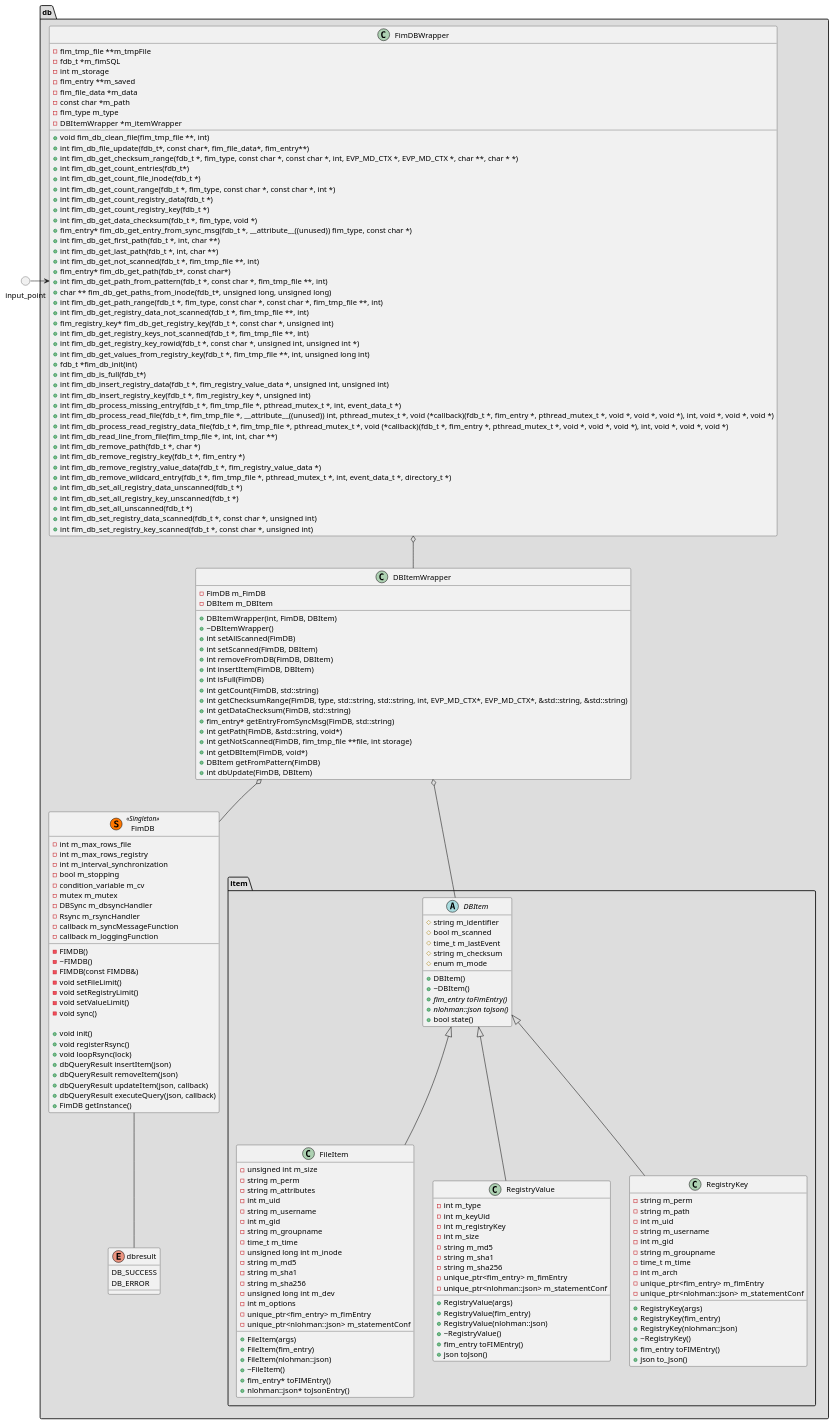
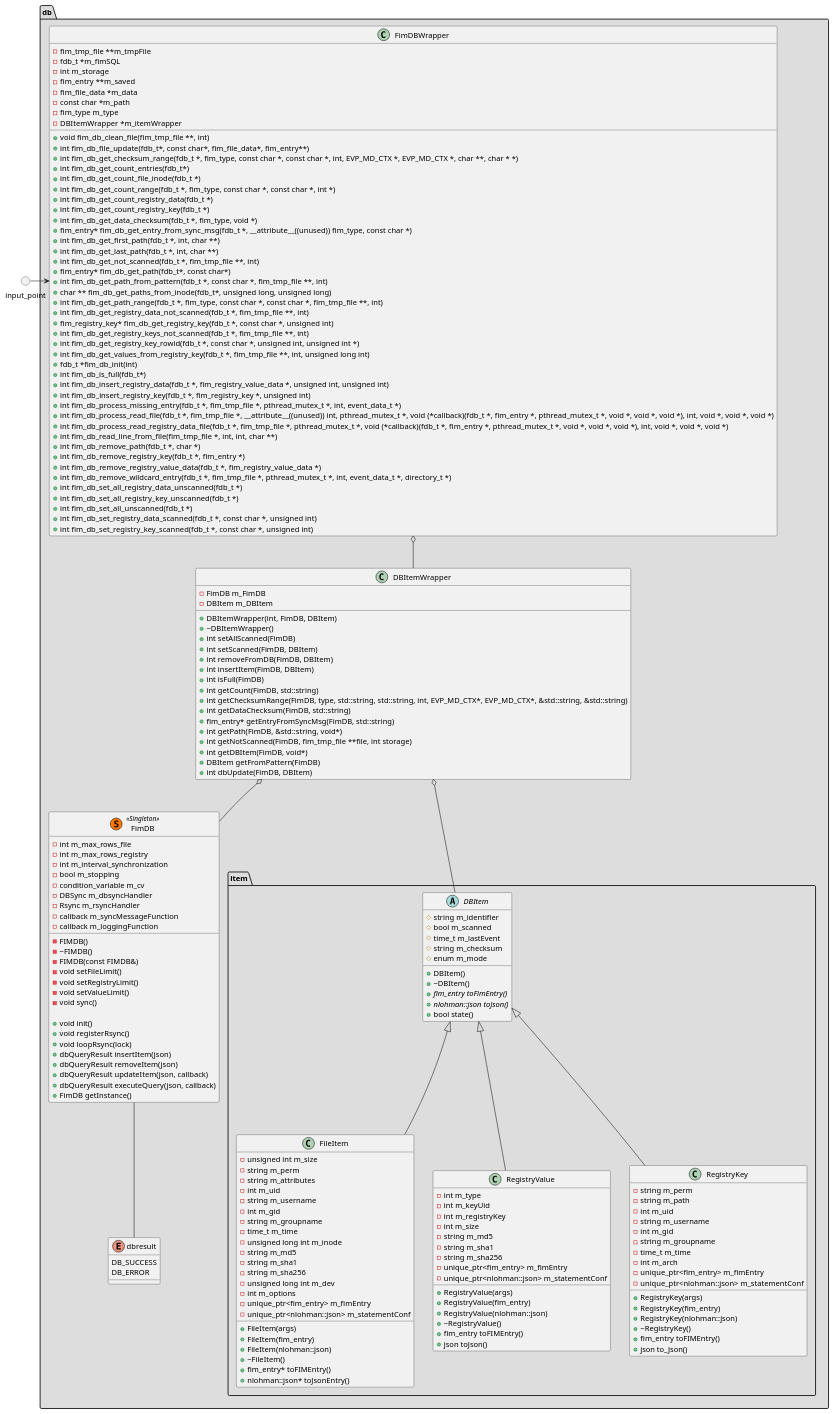
One commit to wazuh/wazuh-agent changed the diagram in architecture/FIM/db/class.puml. Above: the diagram before and after it, drawn with PlantUML. The commit also changed 9 other files, not shown here.

```diff
--- a/architecture/FIM/db/class.puml
+++ b/architecture/FIM/db/class.puml
@@ -1,196 +1,195 @@
 @startuml db_class
 package "db" <<Folder>> #DDDDDD{
     enum "dbresult" {
         DB_SUCCESS
         DB_ERROR
     }
     package "item" <<Folder>> {
         abstract DBItem {
             # string m_identifier
             # bool m_scanned
             # time_t m_lastEvent
             # string m_checksum
             # enum m_mode
 
             + DBItem()
             + ~DBItem()
             + {abstract} fim_entry toFimEntry()
             + {abstract} nlohman::json toJson()
             + bool state()
         }
 
         class FileItem {
             - unsigned int m_size
             - string m_perm
             - string m_attributes
             - int m_uid
             - string m_username
             - int m_gid
             - string m_groupname
             - time_t m_time
             - unsigned long int m_inode
             - string m_md5
             - string m_sha1
             - string m_sha256
             - unsigned long int m_dev
             - int m_options
             - unique_ptr<fim_entry> m_fimEntry
             - unique_ptr<nlohman::json> m_statementConf
 
             + FileItem(args)
             + FileItem(fim_entry)
             + FileItem(nlohman::json)
             + ~FileItem()
             + fim_entry* toFIMEntry()
             + nlohman::json* toJsonEntry()
         }
         class "RegistryValue" {
             - int m_type
             - int m_keyUid
             - int m_registryKey
             - int m_size
             - string m_md5
             - string m_sha1
             - string m_sha256
             - unique_ptr<fim_entry> m_fimEntry
             - unique_ptr<nlohman::json> m_statementConf
 
             + RegistryValue(args)
             + RegistryValue(fim_entry)
             + RegistryValue(nlohman::json)
             + ~RegistryValue()
             + fim_entry toFIMEntry()
             + json toJson()
         }
         class "RegistryKey" {
             - string m_perm
             - string m_path
             - int m_uid
             - string m_username
             - int m_gid
             - string m_groupname
             - time_t m_time
             - int m_arch
             - unique_ptr<fim_entry> m_fimEntry
             - unique_ptr<nlohman::json> m_statementConf
 
             + RegistryKey(args)
             + RegistryKey(fim_entry)
             + RegistryKey(nlohman::json)
             + ~RegistryKey()
             + fim_entry toFIMEntry()
             + json to_Json()
         }
     }
     class "FimDB"  <<(S,#FF7700) Singleton>> {
         - int m_max_rows_file
         - int m_max_rows_registry
         - int m_interval_synchronization
         - bool m_stopping
         - condition_variable m_cv
-        - mutex m_mutex
         - DBSync m_dbsyncHandler
         - Rsync m_rsyncHandler
         - callback m_syncMessageFunction
         - callback m_loggingFunction
 
         - FIMDB()
         - ~FIMDB()
         - FIMDB(const FIMDB&)
         - void setFileLimit()
         - void setRegistryLimit()
         - void setValueLimit()
         - void sync()
 
         + void init()
         + void registerRsync()
         + void loopRsync(lock)
         + dbQueryResult insertItem(json)
         + dbQueryResult removeItem(json)
         + dbQueryResult updateItem(json, callback)
         + dbQueryResult executeQuery(json, callback)
         + FimDB getInstance()
     }
     class FimDBWrapper {
         - fim_tmp_file **m_tmpFile
         - fdb_t *m_fimSQL
         - int m_storage
         - fim_entry **m_saved
         - fim_file_data *m_data
         - const char *m_path
         - fim_type m_type
         - DBItemWrapper *m_itemWrapper
 
         + void fim_db_clean_file(fim_tmp_file **, int)
         + int fim_db_file_update(fdb_t*, const char*, fim_file_data*, fim_entry**)
         + int fim_db_get_checksum_range(fdb_t *, fim_type, const char *, const char *, int, EVP_MD_CTX *, EVP_MD_CTX *, char **, char * *)
         + int fim_db_get_count_entries(fdb_t*)
         + int fim_db_get_count_file_inode(fdb_t *)
         + int fim_db_get_count_range(fdb_t *, fim_type, const char *, const char *, int *)
         + int fim_db_get_count_registry_data(fdb_t *)
         + int fim_db_get_count_registry_key(fdb_t *)
         + int fim_db_get_data_checksum(fdb_t *, fim_type, void *)
         + fim_entry* fim_db_get_entry_from_sync_msg(fdb_t *, __attribute__((unused)) fim_type, const char *)
         + int fim_db_get_first_path(fdb_t *, int, char **)
         + int fim_db_get_last_path(fdb_t *, int, char **)
         + int fim_db_get_not_scanned(fdb_t *, fim_tmp_file **, int)
         + fim_entry* fim_db_get_path(fdb_t*, const char*)
         + int fim_db_get_path_from_pattern(fdb_t *, const char *, fim_tmp_file **, int)
         + char ** fim_db_get_paths_from_inode(fdb_t*, unsigned long, unsigned long)
         + int fim_db_get_path_range(fdb_t *, fim_type, const char *, const char *, fim_tmp_file **, int)
         + int fim_db_get_registry_data_not_scanned(fdb_t *, fim_tmp_file **, int)
         + fim_registry_key* fim_db_get_registry_key(fdb_t *, const char *, unsigned int)
         + int fim_db_get_registry_keys_not_scanned(fdb_t *, fim_tmp_file **, int)
         + int fim_db_get_registry_key_rowid(fdb_t *, const char *, unsigned int, unsigned int *)
         + int fim_db_get_values_from_registry_key(fdb_t *, fim_tmp_file **, int, unsigned long int)
         + fdb_t *fim_db_init(int)
         + int fim_db_is_full(fdb_t*)
         + int fim_db_insert_registry_data(fdb_t *, fim_registry_value_data *, unsigned int, unsigned int)
         + int fim_db_insert_registry_key(fdb_t *, fim_registry_key *, unsigned int)
         + int fim_db_process_missing_entry(fdb_t *, fim_tmp_file *, pthread_mutex_t *, int, event_data_t *)
         + int fim_db_process_read_file(fdb_t *, fim_tmp_file *, __attribute__((unused)) int, pthread_mutex_t *, void (*callback)(fdb_t *, fim_entry *, pthread_mutex_t *, void *, void *, void *), int, void *, void *, void *)
         + int fim_db_process_read_registry_data_file(fdb_t *, fim_tmp_file *, pthread_mutex_t *, void (*callback)(fdb_t *, fim_entry *, pthread_mutex_t *, void *, void *, void *), int, void *, void *, void *)
         + int fim_db_read_line_from_file(fim_tmp_file *, int, int, char **)
         + int fim_db_remove_path(fdb_t *, char *)
         + int fim_db_remove_registry_key(fdb_t *, fim_entry *)
         + int fim_db_remove_registry_value_data(fdb_t *, fim_registry_value_data *)
         + int fim_db_remove_wildcard_entry(fdb_t *, fim_tmp_file *, pthread_mutex_t *, int, event_data_t *, directory_t *)
         + int fim_db_set_all_registry_data_unscanned(fdb_t *)
         + int fim_db_set_all_registry_key_unscanned(fdb_t *)
         + int fim_db_set_all_unscanned(fdb_t *)
         + int fim_db_set_registry_data_scanned(fdb_t *, const char *, unsigned int)
         + int fim_db_set_registry_key_scanned(fdb_t *, const char *, unsigned int)
     }
     class DBItemWrapper {
         - FimDB m_FimDB
         - DBItem m_DBItem
 
         + DBItemWrapper(int, FimDB, DBItem)
         + ~DBItemWrapper()
         + int setAllScanned(FimDB)
         + int setScanned(FimDB, DBItem)
         + int removeFromDB(FimDB, DBItem)
         + int insertItem(FimDB, DBItem)
         + int isFull(FimDB)
         + int getCount(FimDB, std::string)
         + int getChecksumRange(FimDB, type, std::string, std::string, int, EVP_MD_CTX*, EVP_MD_CTX*, &std::string, &std::string)
         + int getDataChecksum(FimDB, std::string)
         + fim_entry* getEntryFromSyncMsg(FimDB, std::string)
         + int getPath(FimDB, &std::string, void*)
         + int getNotScanned(FimDB, fim_tmp_file **file, int storage)
         + int getDBItem(FimDB, void*)
         + DBItem getFromPattern(FimDB)
         + int dbUpdate(FimDB, DBItem)
     }
 }
 circle input_point
 
 DBItem <|-- FileItem
 DBItem <|-- RegistryValue
 DBItem <|-- RegistryKey
 FimDBWrapper  o-- DBItemWrapper
 DBItemWrapper  o-- DBItem
 DBItemWrapper  o-- FimDB
 FimDB -- dbresult
 input_point => FimDBWrapper
 @enduml
```
